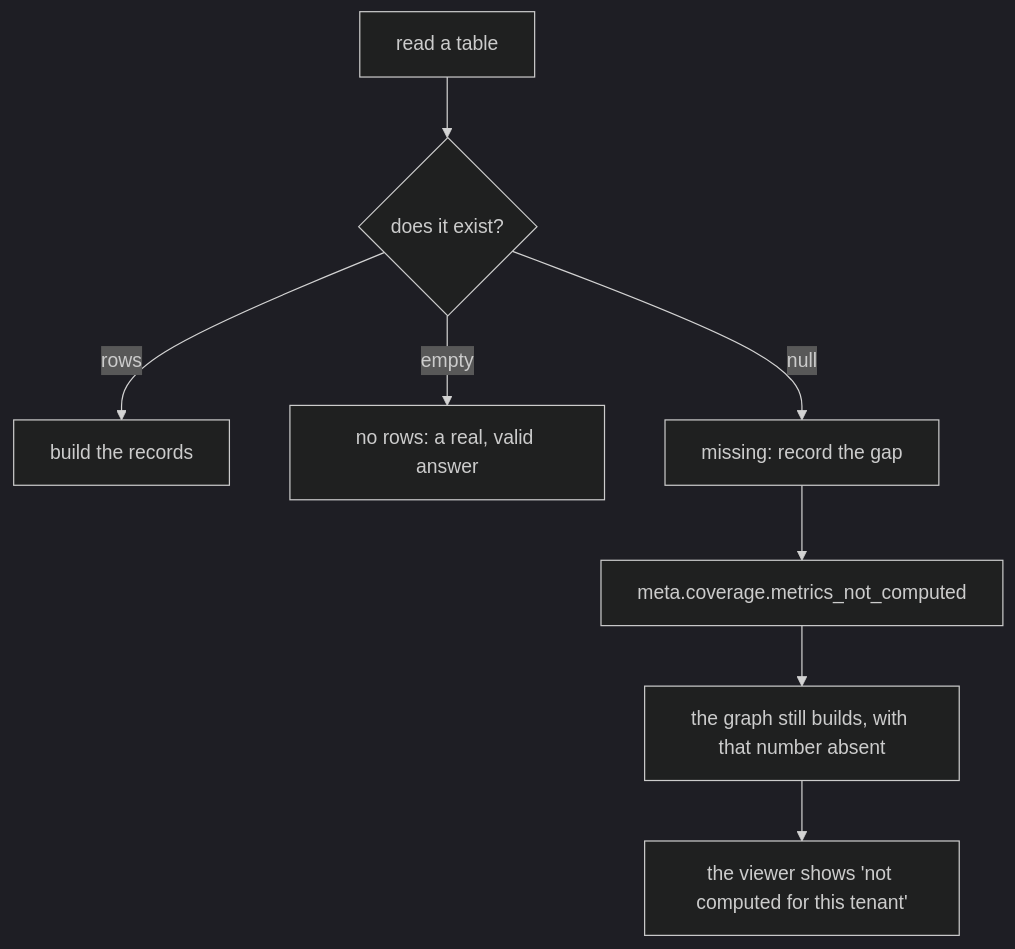
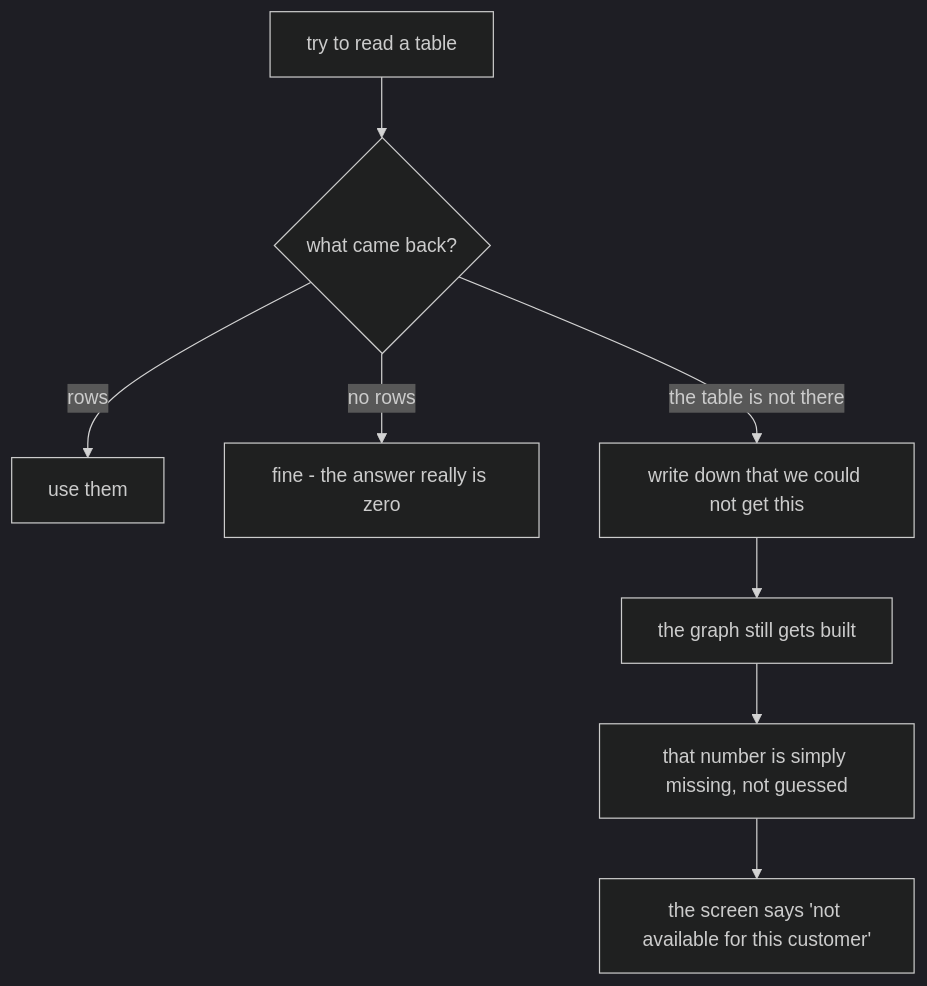
Before and after one commit to Prakhar-30/cropin-knowledge-graph: the third of 10 diagrams in docs/HOW-IT-WORKS.md, drawn with Mermaid (dark theme). The commit also changed other lines of this file and 21 other files, not shown here.

````diff
--- a/docs/HOW-IT-WORKS.md
+++ b/docs/HOW-IT-WORKS.md
@@ -234,10 +249,10 @@
 ```mermaid
 flowchart TD
-  A["read a table"] --> B{"does it exist?"}
-  B -->|"rows"| C["build the records"]
-  B -->|"empty"| D["no rows: a real, valid answer"]
-  B -->|"null"| E["missing: record the gap"]
-  E --> F["meta.coverage.metrics_not_computed"]
-  F --> G["the graph still builds, with that number absent"]
-  G --> H["the viewer shows 'not computed for this tenant'"]
+  A["try to read a table"] --> B{"what came back?"}
+  B -->|"rows"| C["use them"]
+  B -->|"no rows"| D["fine - the answer really is zero"]
+  B -->|"the table is not there"| E["write down that we could not get this"]
+  E --> F["the graph still gets built"]
+  F --> G["that number is simply missing, not guessed"]
+  G --> H["the screen says 'not available for this customer'"]
 ```
````
